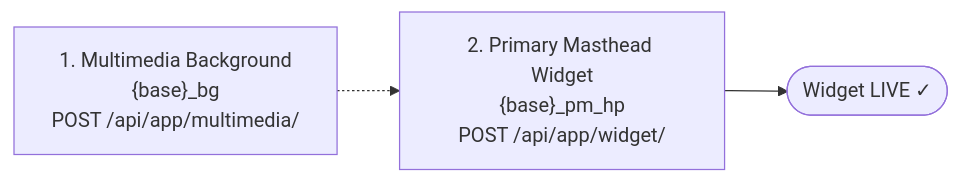
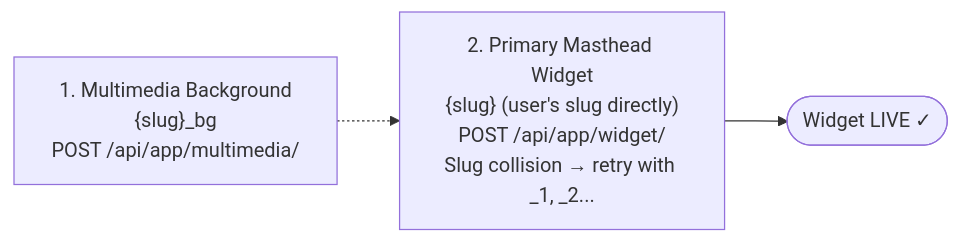
One commit to satyamgupta1312/Optimus changed the first of 4 diagrams in wiki/WIDGET-Masthead.md. Above: the diagram before and after it, drawn with Mermaid. The commit also changed other lines of this file and 12 other files, not shown here.

````diff
--- a/wiki/WIDGET-Masthead.md
+++ b/wiki/WIDGET-Masthead.md
@@ -137,6 +137,6 @@
 ```mermaid
 flowchart LR
-    BG["1. Multimedia Background\n{base}_bg\nPOST /api/app/multimedia/"] -.->
-    PM["2. Primary Masthead Widget\n{base}_pm_hp\nPOST /api/app/widget/"]
+    BG["1. Multimedia Background\n{slug}_bg\nPOST /api/app/multimedia/"] -.->
+    PM["2. Primary Masthead Widget\n{slug} (user's slug directly)\nPOST /api/app/widget/\nSlug collision → retry with _1, _2..."]
     PM --> Live([Widget LIVE ✓])
 ```
````
